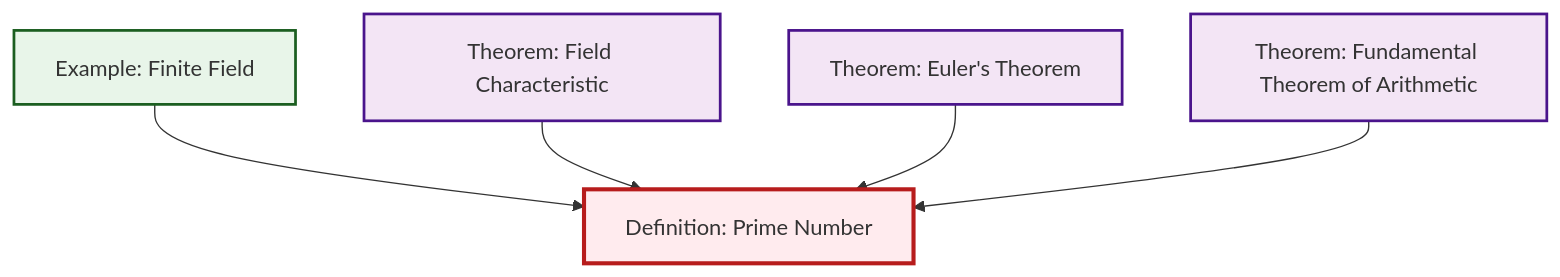
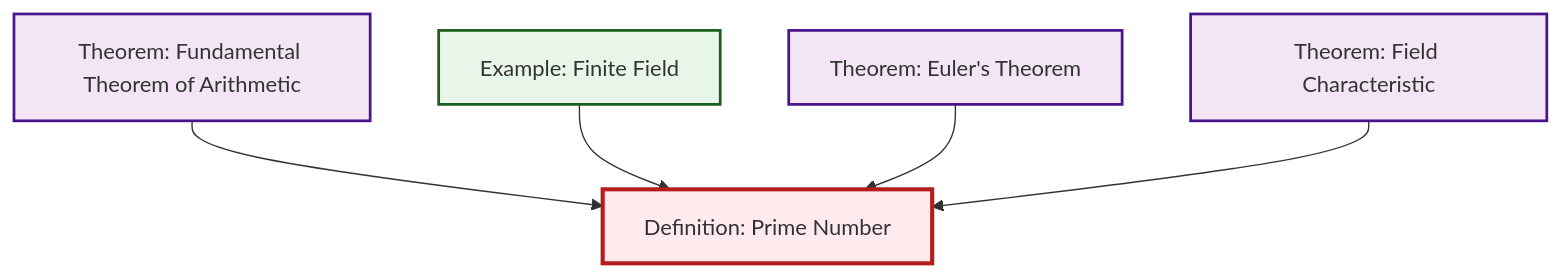
One commit to RK0429/ModernMath changed the diagram in output/mermaid/def-prime.mermaid. Above: the diagram before and after it, drawn with Mermaid. The commit also changed other lines of this file and 1111 other files, not shown here.

````diff
--- a/output/mermaid/def-prime.mermaid
+++ b/output/mermaid/def-prime.mermaid
@@ -1,19 +1,19 @@
 ```{mermaid}
 %%| fig-cap: "Local dependency graph"
 graph TD
     classDef definition fill:#e1f5fe,stroke:#01579b,stroke-width:2px
     classDef theorem fill:#f3e5f5,stroke:#4a148c,stroke-width:2px
     classDef axiom fill:#fff3e0,stroke:#e65100,stroke-width:2px
     classDef example fill:#e8f5e9,stroke:#1b5e20,stroke-width:2px
     classDef current fill:#ffebee,stroke:#b71c1c,stroke-width:3px
     def-prime["Definition: Prime Number"]:::definition
+    thm-fundamental-arithmetic["Theorem: Fundamental Theorem of Arithmetic"]:::theorem
+    thm-euler["Theorem: Euler's Theorem"]:::theorem
+    thm-field-characteristic["Theorem: Field Characteristic"]:::theorem
     ex-finite-field["Example: Finite Field"]:::example
-    thm-euler["Theorem: Euler's Theorem"]:::theorem
-    thm-fundamental-arithmetic["Theorem: Fundamental Theorem of Arithmetic"]:::theorem
-    thm-field-characteristic["Theorem: Field Characteristic"]:::theorem
+    thm-fundamental-arithmetic --> def-prime
     ex-finite-field --> def-prime
+    thm-euler --> def-prime
     thm-field-characteristic --> def-prime
-    thm-euler --> def-prime
-    thm-fundamental-arithmetic --> def-prime
     class def-prime current
 ```
````
